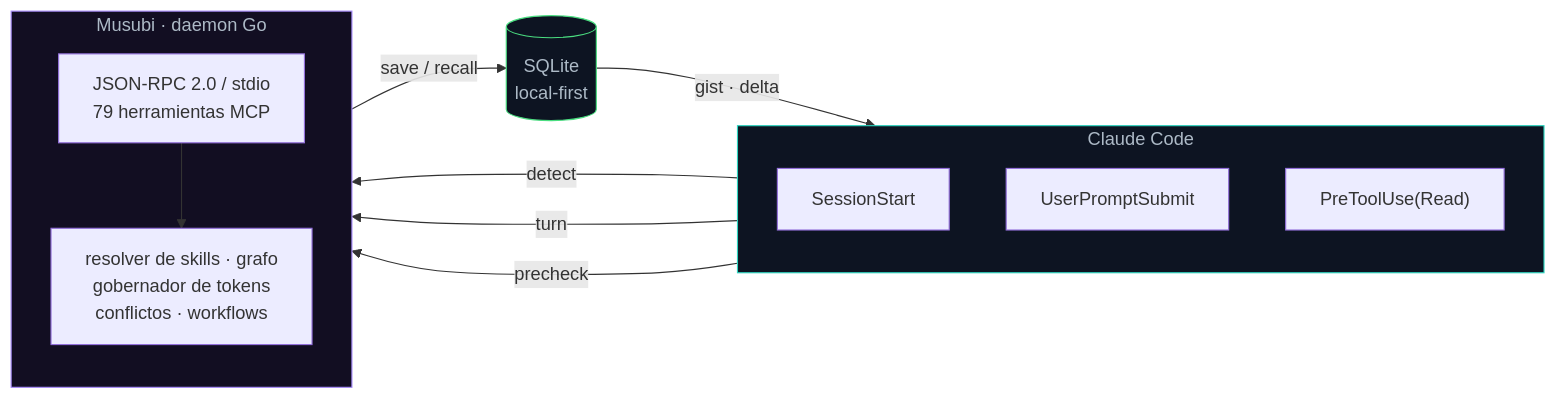
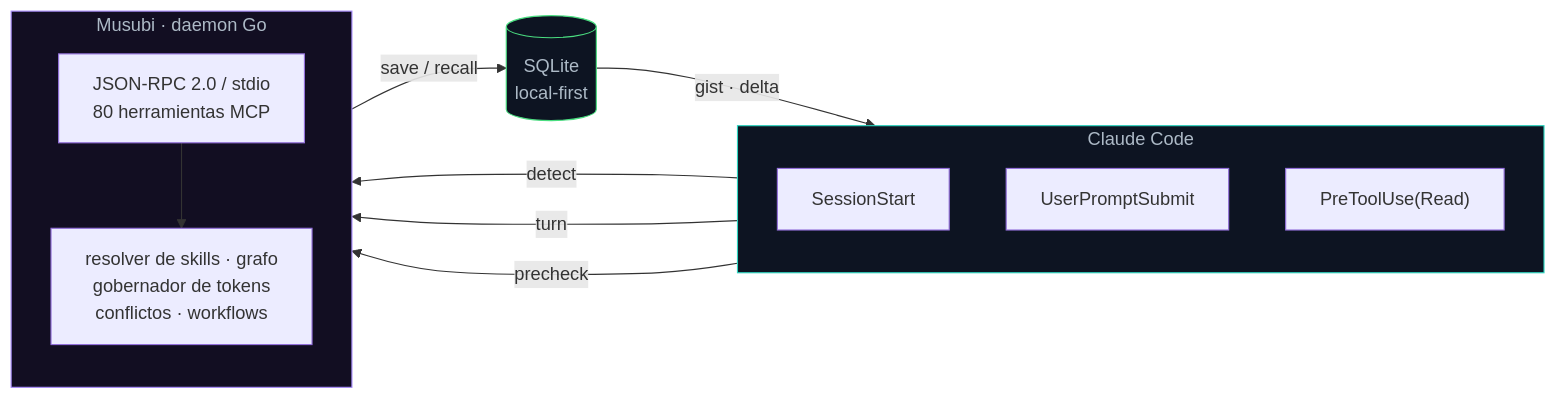
Before and after one commit to codeabraham16/musubi: the first of 3 diagrams in README.md, drawn with Mermaid. The commit also changed other lines of this file and 17 other files, not shown here.

````diff
--- a/README.md
+++ b/README.md
@@ -68,27 +68,27 @@
 ```mermaid
 flowchart LR
     subgraph CC["Claude Code"]
         direction TB
         H1["SessionStart"]
         H2["UserPromptSubmit"]
         H3["PreToolUse(Read)"]
     end
     subgraph M["Musubi · daemon Go"]
         direction TB
-        RPC["JSON-RPC 2.0 / stdio<br/>79 herramientas MCP"]
+        RPC["JSON-RPC 2.0 / stdio<br/>80 herramientas MCP"]
         COG["resolver de skills · grafo<br/>gobernador de tokens<br/>conflictos · workflows"]
     end
     DB[("SQLite<br/>local-first")]
 
     H1 -- "detect" --> RPC
     H2 -- "turn" --> RPC
     H3 -- "precheck" --> RPC
     RPC --> COG
     COG -- "save / recall" --> DB
     DB -- "gist · delta" --> CC
 
     classDef cc fill:#0d1422,stroke:#2dd4bf,color:#adbac7;
     classDef mm fill:#120e22,stroke:#a78bfa,color:#adbac7;
     classDef db fill:#0d1422,stroke:#4ade80,color:#adbac7;
     class CC cc; class M mm; class DB db;
 ```
````
